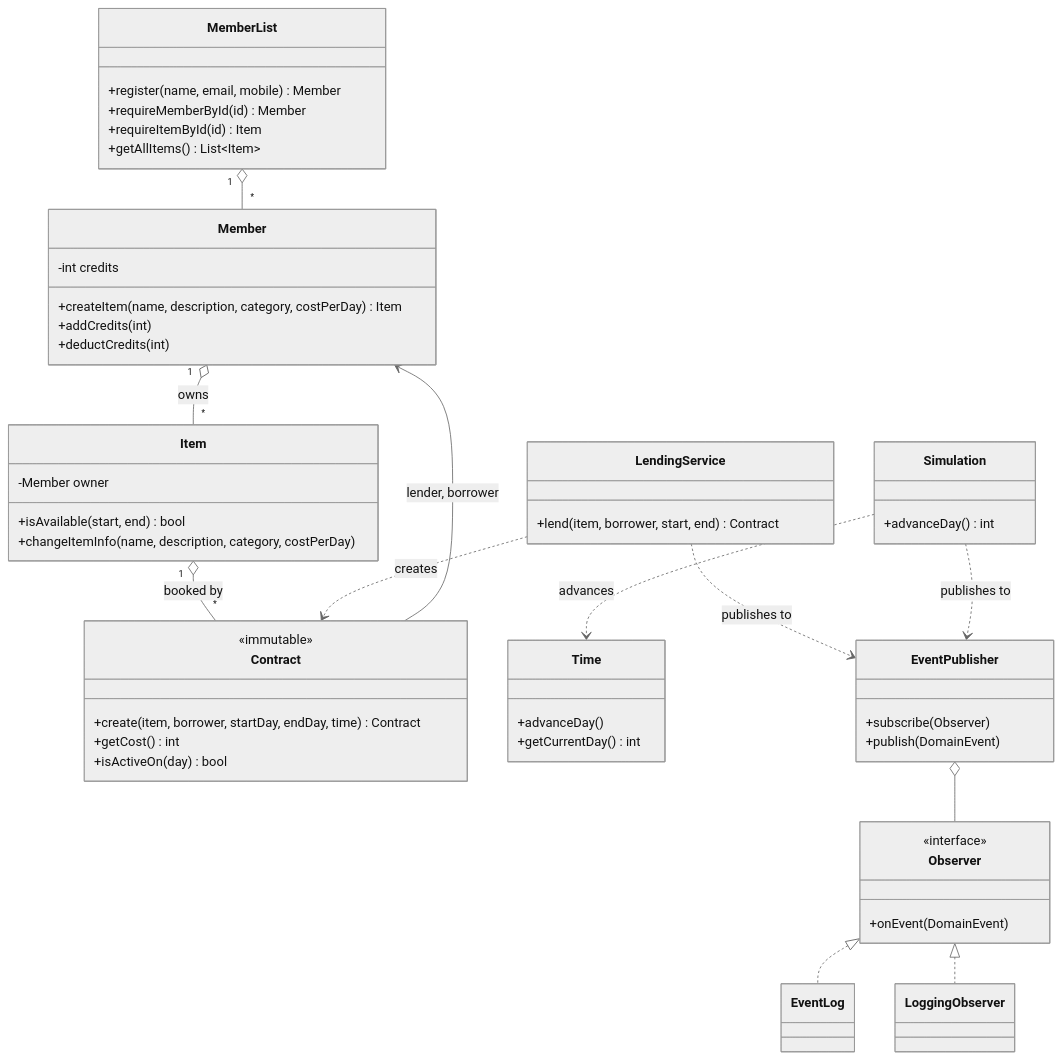
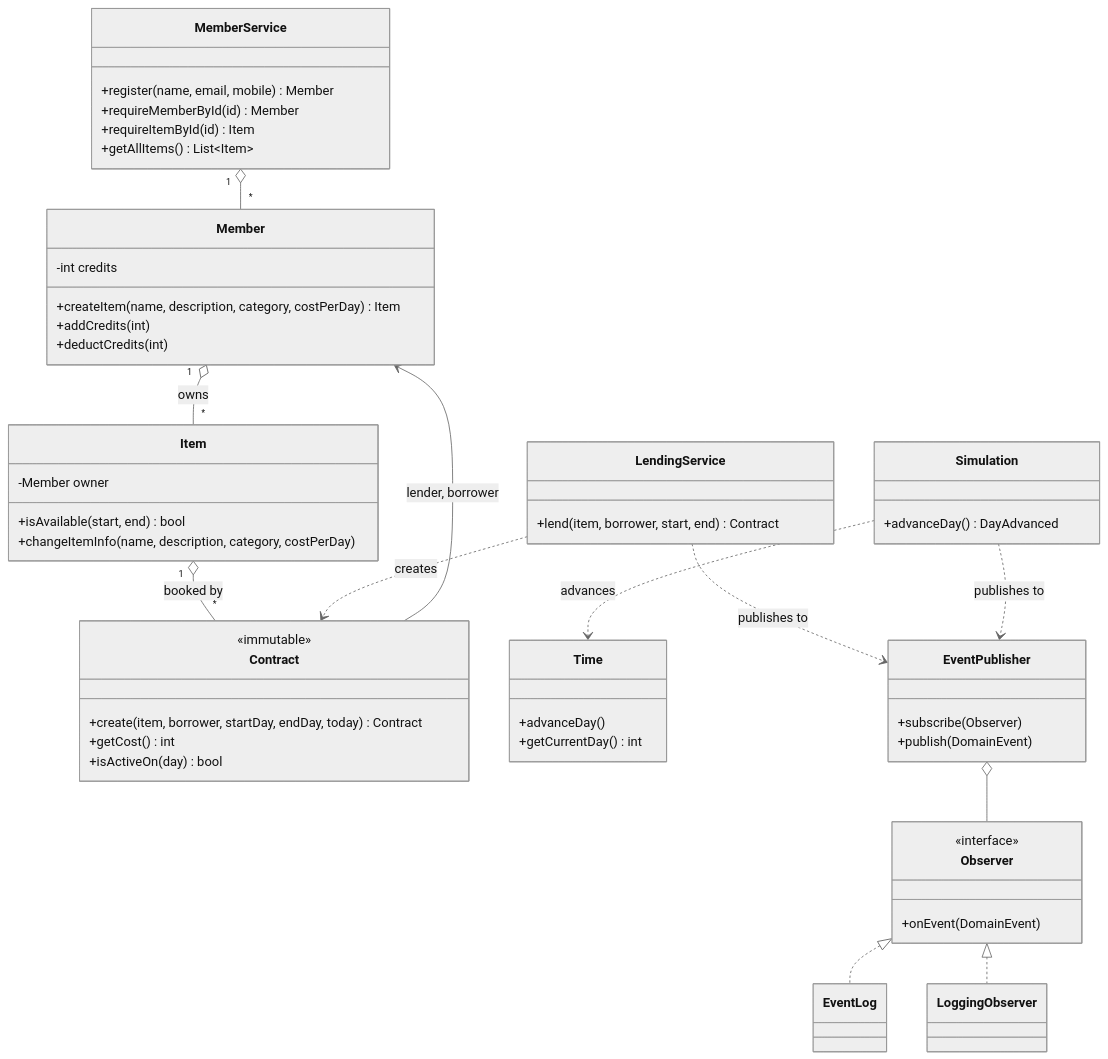
Before and after one commit to kalleSdev/borrowbox: the first of 2 diagrams in README.md, drawn with Mermaid (neutral theme). The commit also changed other lines of this file and 53 other files, not shown here.

````diff
--- a/README.md
+++ b/README.md
@@ -83,56 +97,56 @@
 ```mermaid
 classDiagram
-    class MemberList {
+    class MemberService {
         +register(name, email, mobile) Member
         +requireMemberById(id) Member
         +requireItemById(id) Item
         +getAllItems() List~Item~
     }
     class Member {
         -int credits
         +createItem(name, description, category, costPerDay) Item
         +addCredits(int)
         +deductCredits(int)
     }
     class Item {
         -Member owner
         +isAvailable(start, end) bool
         +changeItemInfo(name, description, category, costPerDay)
     }
     class Contract {
         <<immutable>>
-        +create(item, borrower, startDay, endDay, time) Contract
+        +create(item, borrower, startDay, endDay, today) Contract
         +getCost() int
         +isActiveOn(day) bool
     }
     class LendingService {
         +lend(item, borrower, start, end) Contract
     }
     class Simulation {
-        +advanceDay() int
+        +advanceDay() DayAdvanced
     }
     class Time {
         +advanceDay()
         +getCurrentDay() int
     }
     class EventPublisher {
         +subscribe(Observer)
         +publish(DomainEvent)
     }
     class Observer {
         <<interface>>
         +onEvent(DomainEvent)
     }
 
     Observer <|.. EventLog
     Observer <|.. LoggingObserver
     EventPublisher o-- Observer
-    MemberList "1" o-- "*" Member
+    MemberService "1" o-- "*" Member
     Member "1" o-- "*" Item : owns
     Item "1" o-- "*" Contract : booked by
     Contract --> Member : lender, borrower
     LendingService ..> Contract : creates
     LendingService ..> EventPublisher : publishes to
     Simulation ..> Time : advances
     Simulation ..> EventPublisher : publishes to
 ```
````
